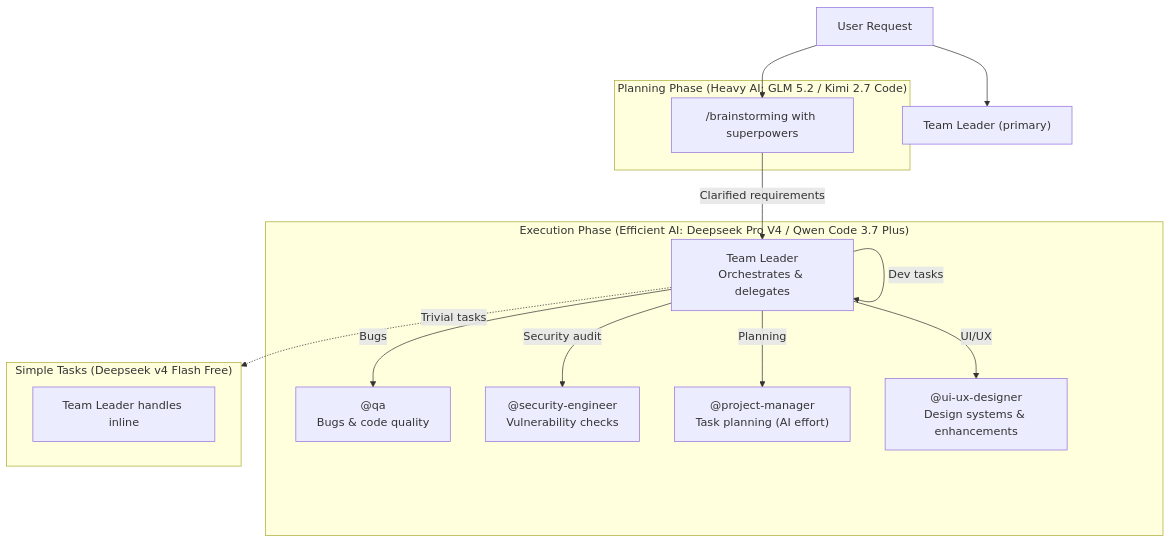
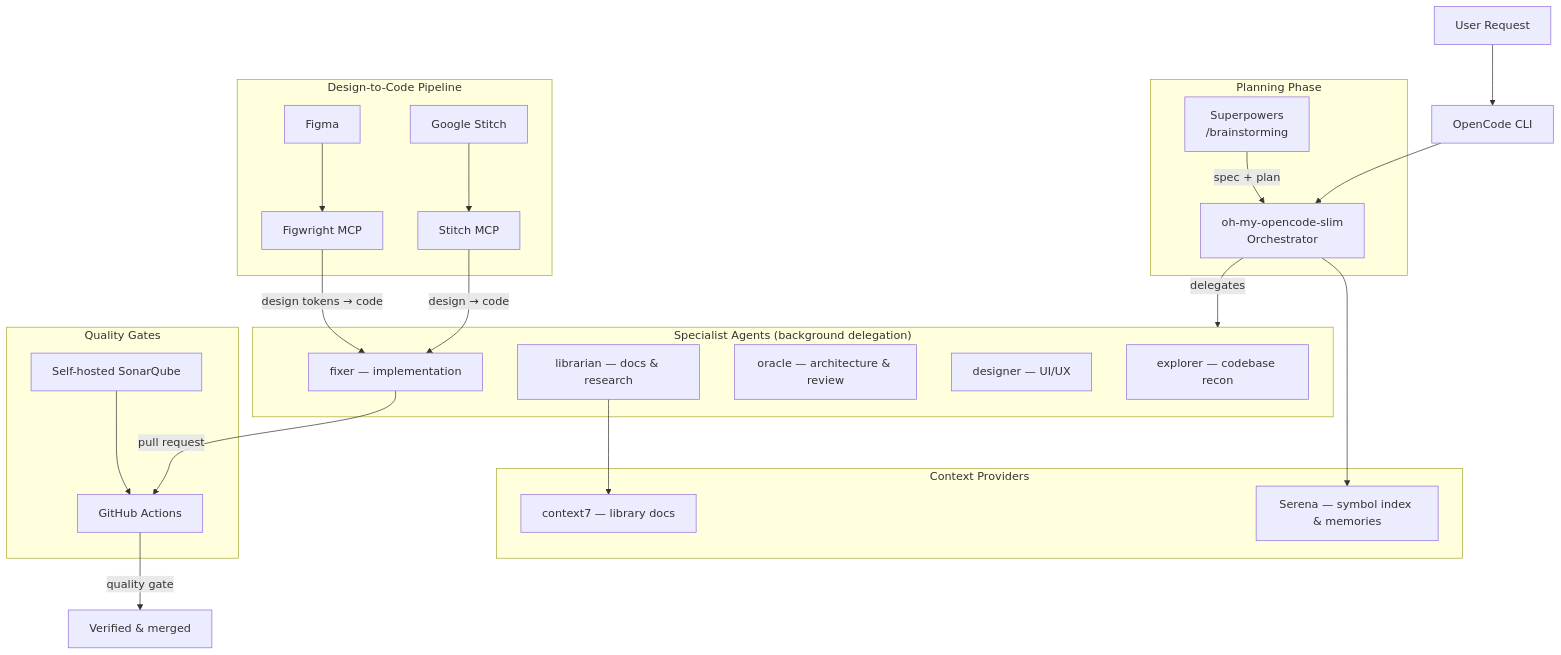
The diagram in README.md (daryllmagsombol/ai-workflow), drawn with Mermaid before and after one commit. The commit also changed other lines of this file and 8 other files, not shown here.

First line of the commit message:
docs: rewrite workflow README for current OMO-slim stack

````diff
--- a/README.md
+++ b/README.md
@@ -15,29 +9,41 @@
 ```mermaid
 flowchart TD
-    User["User Request"] --> TeamLeader["Team Leader (primary)"]
+    User["User Request"] --> OC["OpenCode CLI"]
+    OC --> OMO["oh-my-opencode-slim<br/>Orchestrator"]
 
-    subgraph Brainstorming["Planning Phase (Heavy AI: GLM 5.2 / Kimi 2.7 Code)"]
-        BS["/brainstorming with superpowers"]
+    subgraph Planning["Planning Phase"]
+        SP["Superpowers<br/>/brainstorming"] -->|"spec + plan"| OMO
     end
 
-    subgraph Execution["Execution Phase (Efficient AI: Deepseek Pro V4 / Qwen Code 3.7 Plus)"]
-        TL["Team Leader<br/>Orchestrates & delegates"]
-        QA["@qa<br/>Bugs & code quality"]
-        SEC["@security-engineer<br/>Vulnerability checks"]
-        PM["@project-manager<br/>Task planning (AI effort)"]
-        UI["@ui-ux-designer<br/>Design systems & enhancements"]
+    subgraph Specialists["Specialist Agents (background delegation)"]
+        EXP["explorer — codebase recon"]
+        LIB["librarian — docs & research"]
+        ORA["oracle — architecture & review"]
+        DES["designer — UI/UX"]
+        FIX["fixer — implementation"]
     end
 
-    subgraph Simple["Simple Tasks (Deepseek v4 Flash Free)"]
-        TL2["Team Leader handles inline"]
+    OMO -->|"delegates"| Specialists
+
+    subgraph Context["Context Providers"]
+        SER["Serena — symbol index & memories"]
+        C7["context7 — library docs"]
     end
 
-    User --> BS
-    BS -->|"Clarified requirements"| TL
-    TL -->|"Dev tasks"| TL
-    TL -->|"Bugs"| QA
-    TL -->|"Security audit"| SEC
-    TL -->|"Planning"| PM
-    TL -->|"UI/UX"| UI
-    TL -.->|"Trivial tasks"| Simple
+    LIB --> C7
+    OMO --> SER
+
+    subgraph Design["Design-to-Code Pipeline"]
+        FIG["Figma"] --> FW["Figwright MCP"]
+        ST["Google Stitch"] --> SM["Stitch MCP"]
+        FW -->|"design tokens → code"| FIX
+        SM -->|"design → code"| FIX
+    end
+
+    subgraph Quality["Quality Gates"]
+        SQ["Self-hosted SonarQube"] --> GH["GitHub Actions"]
+    end
+
+    FIX -->|"pull request"| GH
+    GH -->|"quality gate"| DONE["Verified & merged"]
 ```
````
